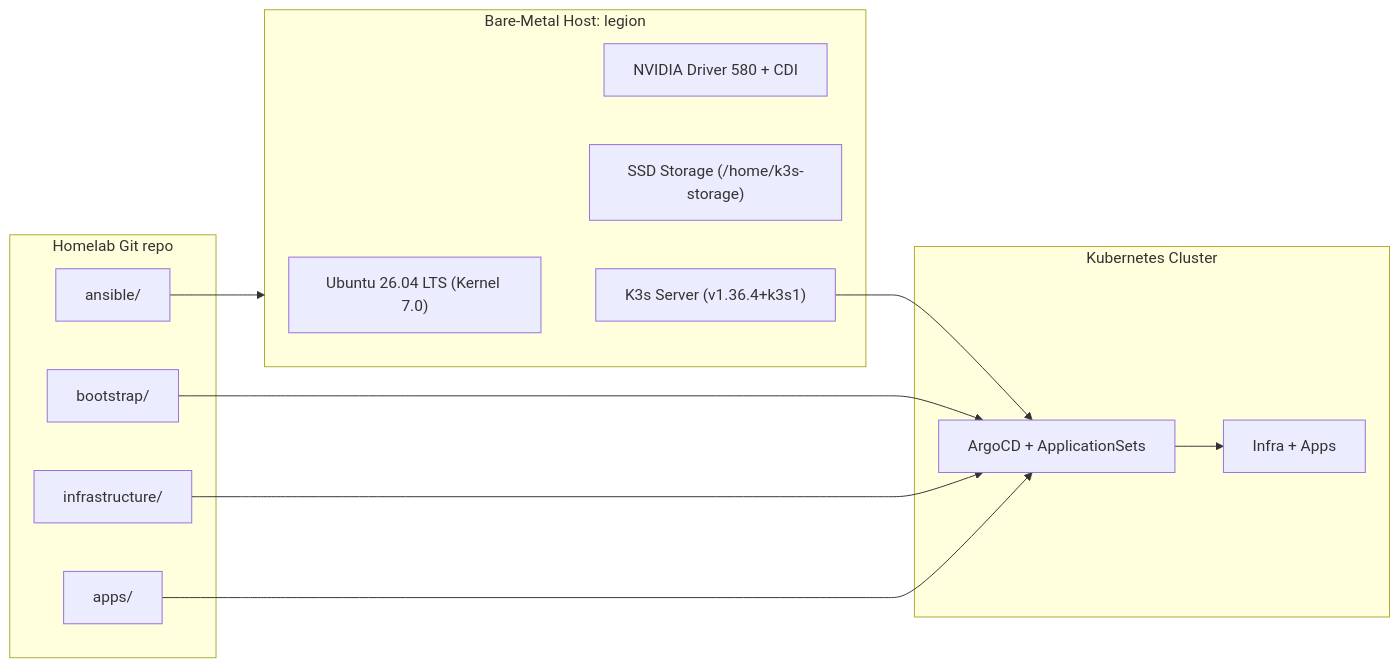
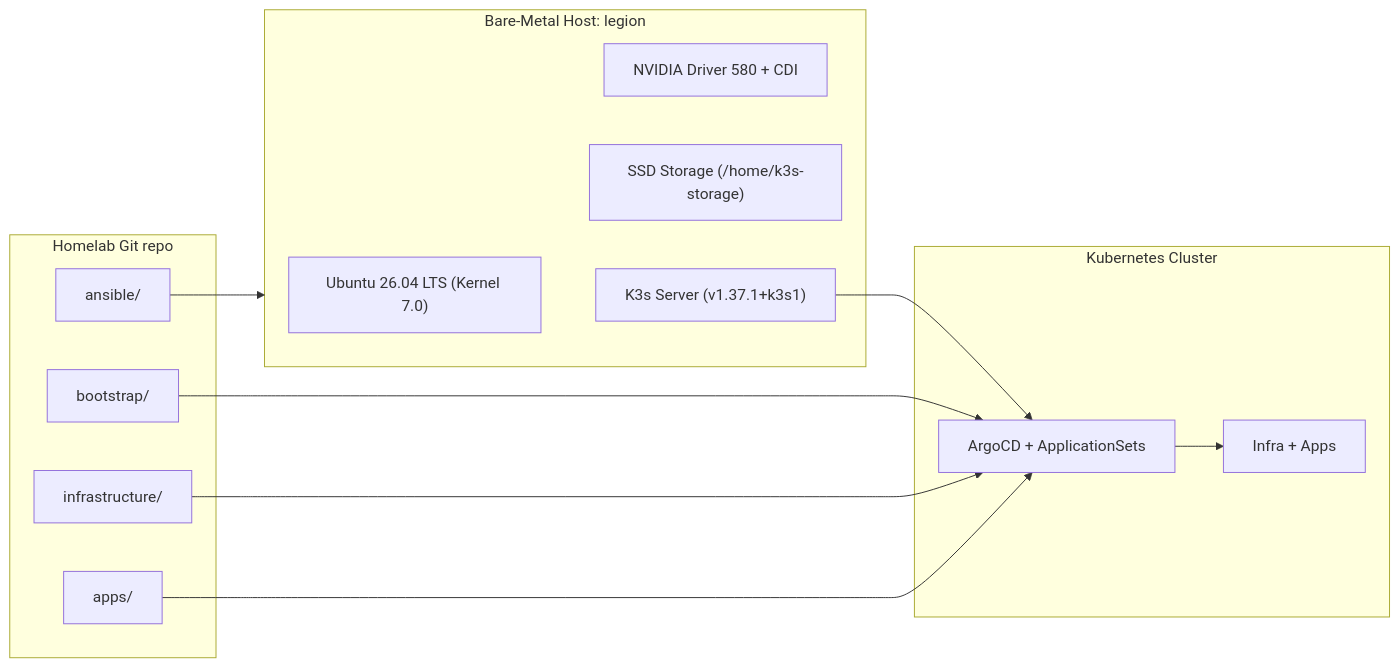
Before and after one commit to nsudhanva/homelab: the first of 4 diagrams in README.md, drawn with Mermaid. The commit also changed other lines of this file, not shown here.

Commit message:
docs: update README with media suite, architecture, and apps catalog

````diff
--- a/README.md
+++ b/README.md
@@ -53,29 +56,29 @@
 ```mermaid
 flowchart LR
   subgraph Repo["Homelab Git repo"]
     Ansible["ansible/"]
     Bootstrap["bootstrap/"]
     Infra["infrastructure/"]
     Apps["apps/"]
   end
 
   subgraph Host["Bare-Metal Host: legion"]
     OS["Ubuntu 26.04 LTS (Kernel 7.0)"]
     GPU["NVIDIA Driver 580 + CDI"]
     Storage["SSD Storage (/home/k3s-storage)"]
-    K3s["K3s Server (v1.36.4+k3s1)"]
+    K3s["K3s Server (v1.37.1+k3s1)"]
   end
 
   subgraph Cluster["Kubernetes Cluster"]
     Argo["ArgoCD + ApplicationSets"]
     Workloads["Infra + Apps"]
   end
 
   Ansible --> Host
   Host --> K3s
   K3s --> Argo
   Bootstrap --> Argo
   Infra --> Argo
   Apps --> Argo
   Argo --> Workloads
 ```
````
